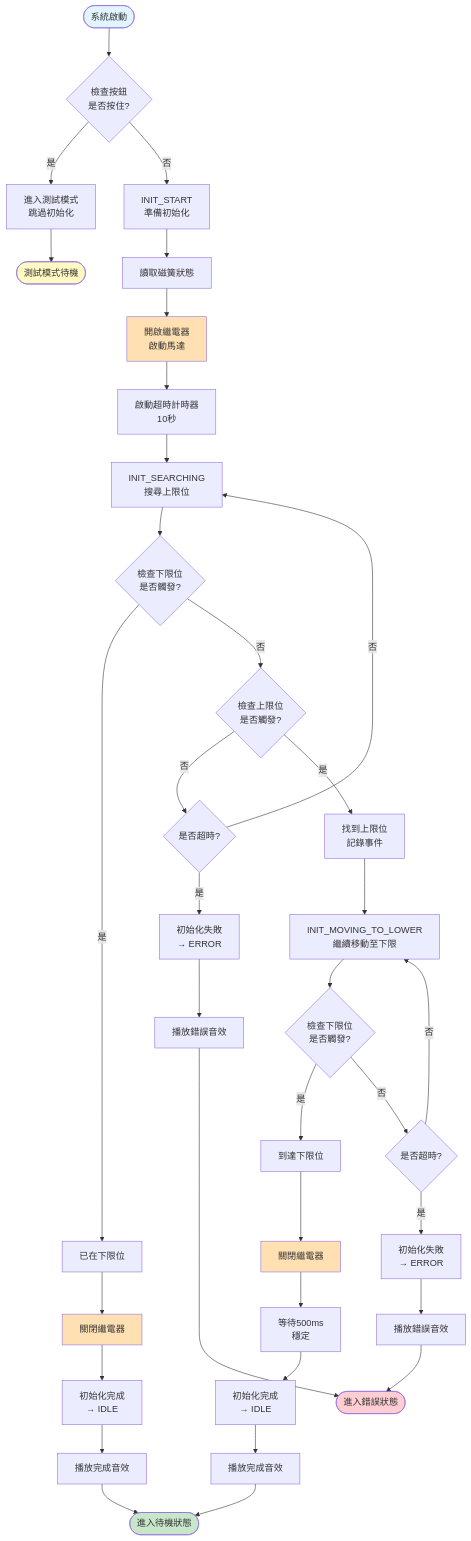
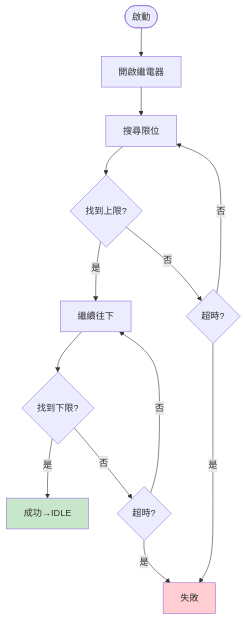
One commit to Eason3030/library changed the second of 6 diagrams in README.md. Above: the diagram before and after it, drawn with Mermaid. The commit also changed other lines of this file, not shown here.

````diff
--- a/README.md
+++ b/README.md
@@ -164,55 +83,19 @@
 ```mermaid
 flowchart TD
-    Start([系統啟動]) --> CheckButton{檢查按鈕<br/>是否按住?}
+    Start([啟動]) --> RelayOn[開啟繼電器]
+    RelayOn --> Search[搜尋限位]
+    Search --> UpperFound{找到上限?}
+    UpperFound -->|是| GoDown[繼續往下]
+    UpperFound -->|否| Timeout1{超時?}
+    Timeout1 -->|是| Fail[失敗]
+    Timeout1 -->|否| Search
     
-    CheckButton -->|是| TestMode[進入測試模式<br/>跳過初始化]
-    CheckButton -->|否| InitStart[INIT_START<br/>準備初始化]
+    GoDown --> LowerFound{找到下限?}
+    LowerFound -->|是| Success[成功→IDLE]
+    LowerFound -->|否| Timeout2{超時?}
+    Timeout2 -->|是| Fail
+    Timeout2 -->|否| GoDown
     
-    InitStart --> ReadSwitch[讀取磁簧狀態]
-    ReadSwitch --> TurnOnRelay[開啟繼電器<br/>啟動馬達]
-    TurnOnRelay --> StartTimer[啟動超時計時器<br/>10秒]
-    StartTimer --> Searching[INIT_SEARCHING<br/>搜尋上限位]
-    
-    Searching --> CheckLower1{檢查下限位<br/>是否觸發?}
-    CheckLower1 -->|是| AlreadyDown[已在下限位]
-    AlreadyDown --> StopRelay1[關閉繼電器]
-    StopRelay1 --> Complete1[初始化完成<br/>→ IDLE]
-    
-    CheckLower1 -->|否| CheckUpper{檢查上限位<br/>是否觸發?}
-    CheckUpper -->|否| CheckTimeout1{是否超時?}
-    CheckTimeout1 -->|是| Failed1[初始化失敗<br/>→ ERROR]
-    CheckTimeout1 -->|否| Searching
-    
-    CheckUpper -->|是| UpperFound[找到上限位<br/>記錄事件]
-    UpperFound --> MovingToLower[INIT_MOVING_TO_LOWER<br/>繼續移動至下限]
-    
-    MovingToLower --> CheckLower2{檢查下限位<br/>是否觸發?}
-    CheckLower2 -->|是| ReachLower[到達下限位]
-    ReachLower --> StopRelay2[關閉繼電器]
-    StopRelay2 --> Delay[等待500ms<br/>穩定]
-    Delay --> Complete2[初始化完成<br/>→ IDLE]
-    
-    CheckLower2 -->|否| CheckTimeout2{是否超時?}
-    CheckTimeout2 -->|是| Failed2[初始化失敗<br/>→ ERROR]
-    CheckTimeout2 -->|否| MovingToLower
-    
-    Complete1 --> PlaySound1[播放完成音效]
-    Complete2 --> PlaySound2[播放完成音效]
-    Failed1 --> PlayError1[播放錯誤音效]
-    Failed2 --> PlayError2[播放錯誤音效]
-    
-    PlaySound1 --> End([進入待機狀態])
-    PlaySound2 --> End
-    PlayError1 --> ErrorState([進入錯誤狀態])
-    PlayError2 --> ErrorState
-    
-    TestMode --> TestEnd([測試模式待機])
-    
-    style Start fill:#e1f5ff
-    style End fill:#c8e6c9
-    style ErrorState fill:#ffcdd2
-    style TestEnd fill:#fff9c4
-    style TurnOnRelay fill:#ffe0b2
-    style StopRelay1 fill:#ffe0b2
-    style StopRelay2 fill:#ffe0b2
+    style Success fill:#c8e6c9
+    style Fail fill:#ffcdd2
 ```
````
